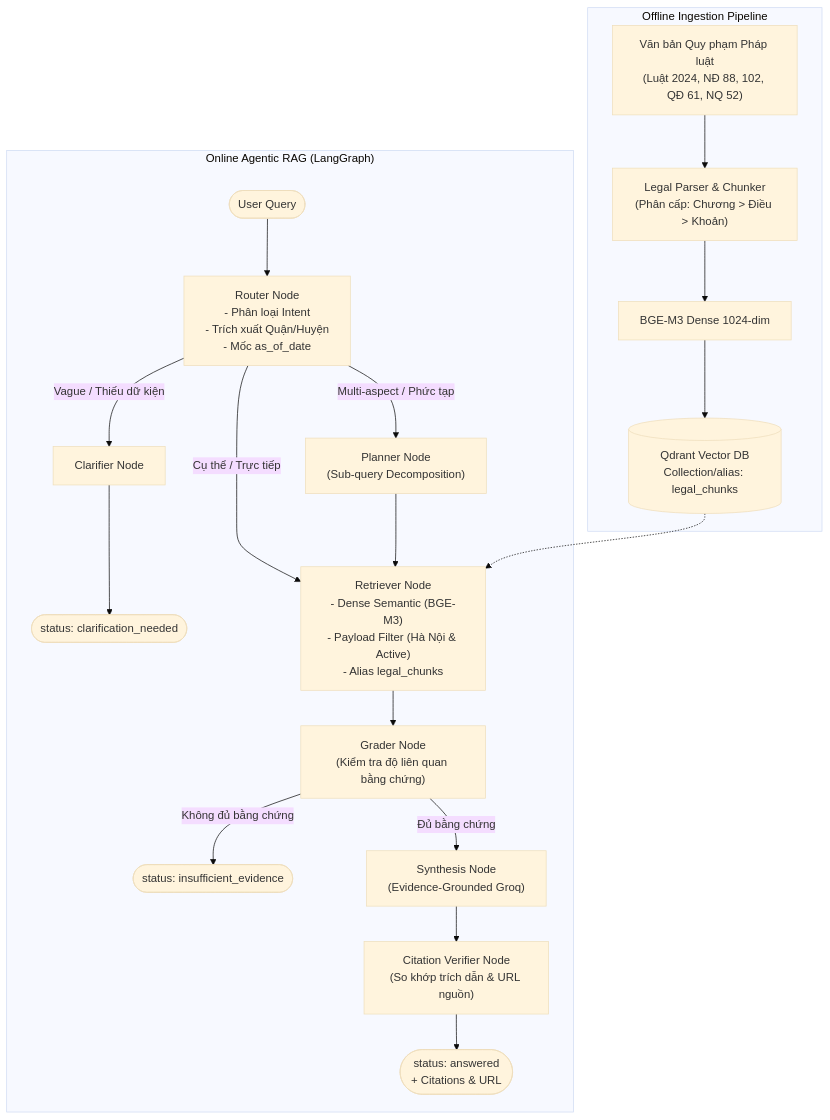
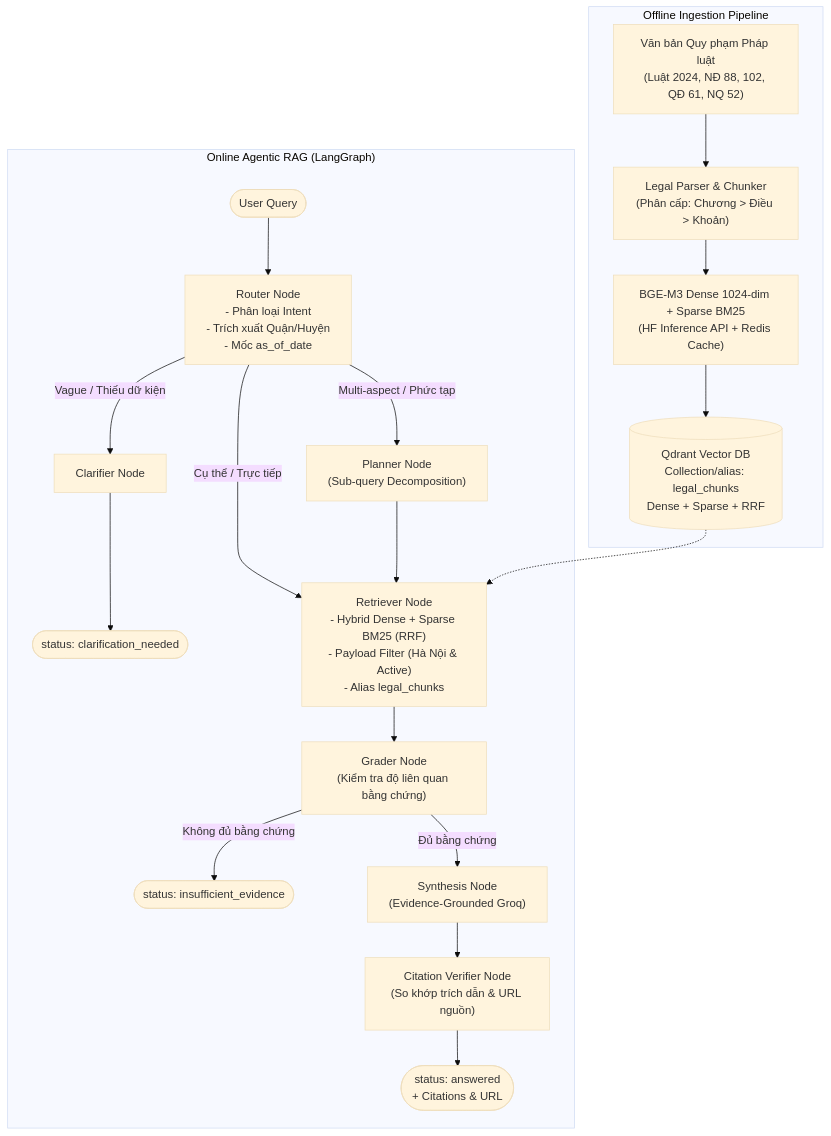
Before and after one commit to dovh25/agentic-rag-legal-qa-hanoi: the first of 2 diagrams in README.md, drawn with Mermaid (base theme). The commit also changed other lines of this file and 70 other files, not shown here.

````diff
--- a/README.md
+++ b/README.md
@@ -74,27 +72,27 @@
 ```mermaid
 flowchart TD
     subgraph INGESTION["Offline Ingestion Pipeline"]
         DOCS["Văn bản Quy phạm Pháp luật\n(Luật 2024, NĐ 88, 102, QĐ 61, NQ 52)"] --> PARSE["Legal Parser & Chunker\n(Phân cấp: Chương > Điều > Khoản)"]
-        PARSE --> EMBED["BGE-M3 Dense 1024-dim"]
-        EMBED --> QDRANT[("Qdrant Vector DB\nCollection/alias: legal_chunks")]
+        PARSE --> EMBED["BGE-M3 Dense 1024-dim + Sparse BM25\n(HF Inference API + Redis Cache)"]
+        EMBED --> QDRANT[("Qdrant Vector DB\nCollection/alias: legal_chunks\nDense + Sparse + RRF")]
     end
 
     subgraph AGENT["Online Agentic RAG (LangGraph)"]
         START([User Query]) --> ROUTER["Router Node\n- Phân loại Intent\n- Trích xuất Quận/Huyện\n- Mốc as_of_date"]
         
         ROUTER -- "Vague / Thiếu dữ kiện" --> CLARIFY["Clarifier Node"] --> RESP_CLARIFY(["status: clarification_needed"])
         ROUTER -- "Multi-aspect / Phức tạp" --> PLANNER["Planner Node\n(Sub-query Decomposition)"]
-        ROUTER -- "Cụ thể / Trực tiếp" --> RETRIEVER["Retriever Node\n- Dense Semantic (BGE-M3)\n- Payload Filter (Hà Nội & Active)\n- Alias legal_chunks"]
+        ROUTER -- "Cụ thể / Trực tiếp" --> RETRIEVER["Retriever Node\n- Hybrid Dense + Sparse BM25 (RRF)\n- Payload Filter (Hà Nội & Active)\n- Alias legal_chunks"]
         
         PLANNER --> RETRIEVER
         QDRANT -.-> RETRIEVER
         
         RETRIEVER --> GRADER["Grader Node\n(Kiểm tra độ liên quan bằng chứng)"]
         
         GRADER -- "Không đủ bằng chứng" --> ABSTAIN(["status: insufficient_evidence"])
         GRADER -- "Đủ bằng chứng" --> SYNTHESIS["Synthesis Node\n(Evidence-Grounded Groq)"]
         
         SYNTHESIS --> VERIFY["Citation Verifier Node\n(So khớp trích dẫn & URL nguồn)"]
         VERIFY --> ANSWER(["status: answered\n+ Citations & URL"])
     end
 ```
````
